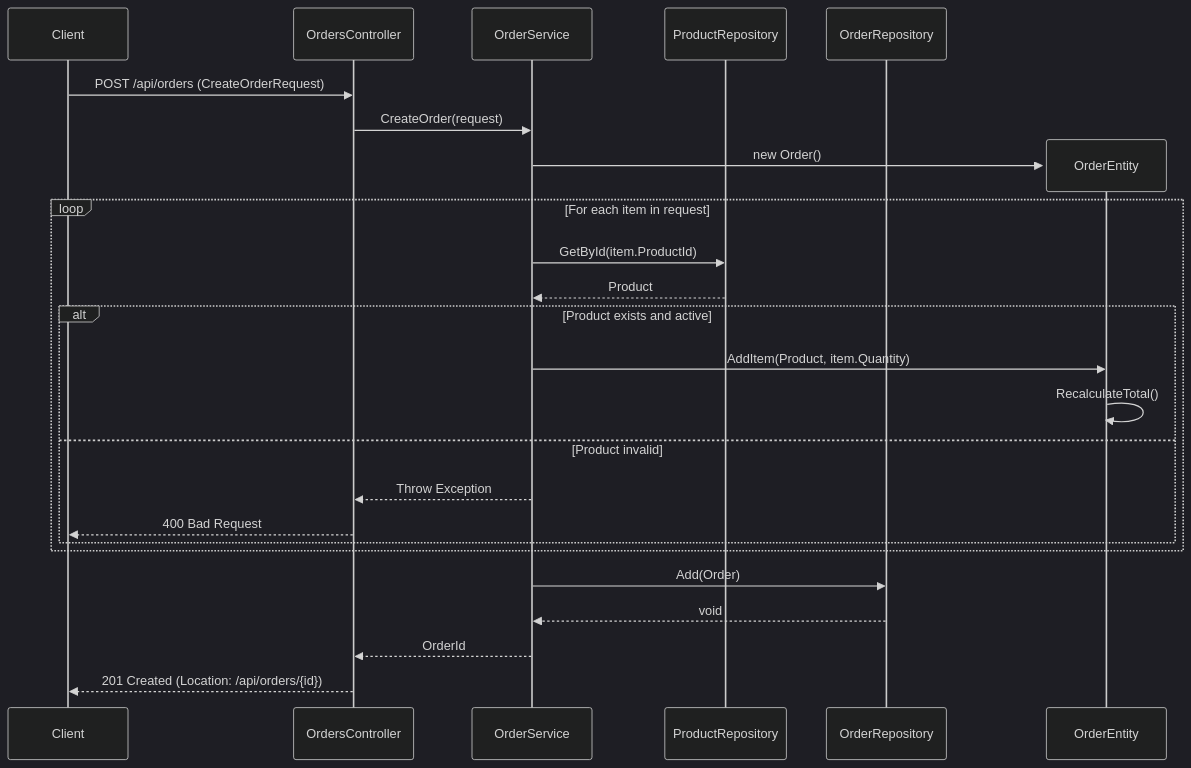
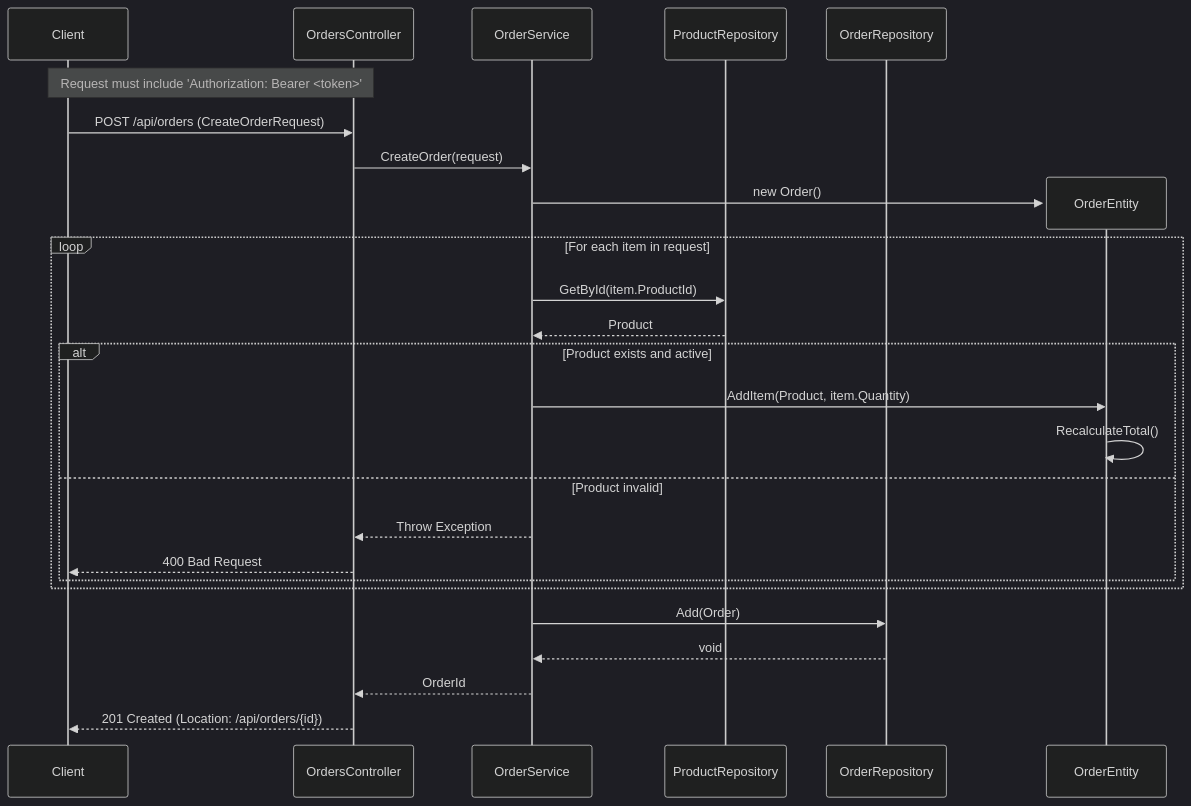
Before and after one commit to Loick-Dev1/Dev-Avanc-C: the diagram in docs/diagrams/sequence_diagram.md, drawn with Mermaid (dark theme). The commit also changed 45 other files, not shown here.

````diff
--- a/docs/diagrams/sequence_diagram.md
+++ b/docs/diagrams/sequence_diagram.md
@@ -5,33 +5,34 @@
 ```mermaid
 sequenceDiagram
     participant Client
     participant API as OrdersController
     participant Service as OrderService
     participant ProdRepo as ProductRepository
     participant OrderRepo as OrderRepository
 
+    Note over Client, API: Request must include 'Authorization: Bearer <token>'
     Client->>API: POST /api/orders (CreateOrderRequest)
     API->>Service: CreateOrder(request)
     
     create participant Order as OrderEntity
     Service->>Order: new Order()
 
     loop For each item in request
         Service->>ProdRepo: GetById(item.ProductId)
         ProdRepo-->>Service: Product
         
         alt Product exists and active
             Service->>Order: AddItem(Product, item.Quantity)
             Order->>Order: RecalculateTotal()
         else Product invalid
             Service-->>API: Throw Exception
             API-->>Client: 400 Bad Request
         end
     end
 
     Service->>OrderRepo: Add(Order)
     OrderRepo-->>Service: void
     
     Service-->>API: OrderId
     API-->>Client: 201 Created (Location: /api/orders/{id})
 ```
````
